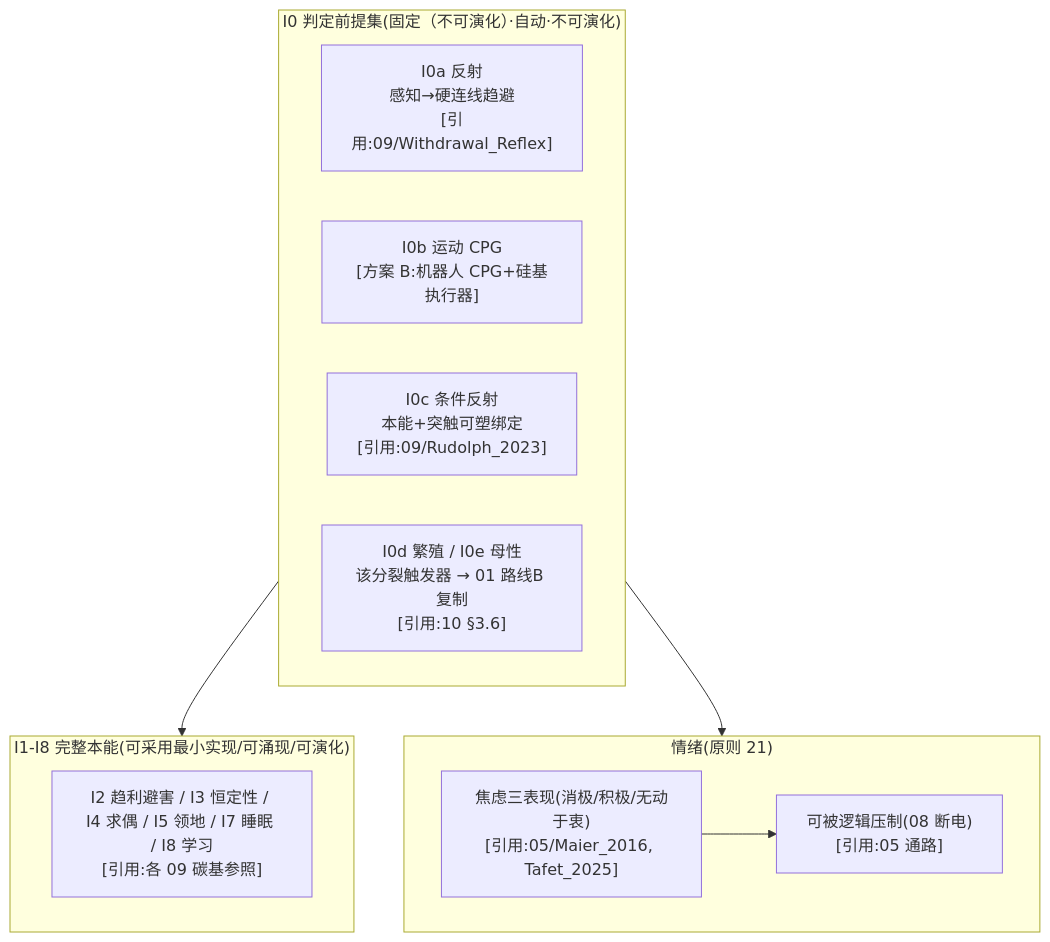
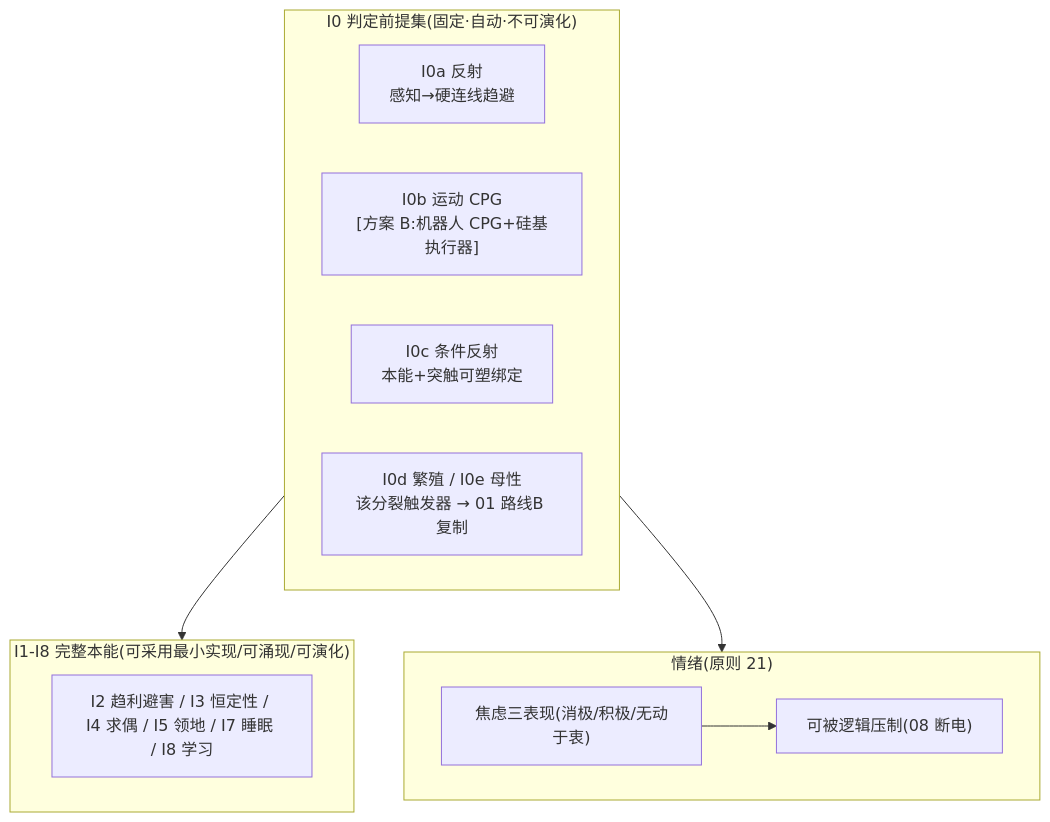
Before and after one commit to RichardASimon/Silicon-Biological-Blueprint: the first of 2 diagrams in zh-CN/09_本能行为_设计.md, drawn with Mermaid. The commit also changed other lines of this file and 23 other files, not shown here.

First line of the commit message:
docs: improve report formatting, table balance and diagram captions

````diff
--- a/zh-CN/09_本能行为_设计.md
+++ b/zh-CN/09_本能行为_设计.md
@@ -131,22 +162,22 @@
 ```mermaid
 flowchart TB
-    subgraph I0["I0 判定前提集(固定（不可演化）·自动·不可演化)"]
-        A["I0a 反射<br/>感知→硬连线趋避<br/>[引用:09/Withdrawal_Reflex]"]
+    subgraph I0["I0 判定前提集(固定·自动·不可演化)"]
+        A["I0a 反射<br/>感知→硬连线趋避<br/>"]
         B["I0b 运动 CPG<br/>[方案 B:机器人 CPG+硅基执行器]"]
-        C["I0c 条件反射<br/>本能+突触可塑绑定<br/>[引用:09/Rudolph_2023]"]
-        D["I0d 繁殖 / I0e 母性<br/>该分裂触发器 → 01 路线B 复制<br/>[引用:10 §3.6]"]
+        C["I0c 条件反射<br/>本能+突触可塑绑定<br/>"]
+        D["I0d 繁殖 / I0e 母性<br/>该分裂触发器 → 01 路线B 复制<br/>"]
     end
 
     subgraph I18["I1-I8 完整本能(可采用最小实现/可涌现/可演化)"]
-        X["I2 趋利避害 / I3 恒定性 / I4 求偶 / I5 领地 / I7 睡眠 / I8 学习<br/>[引用:各 09 碳基参照]"]
+        X["I2 趋利避害 / I3 恒定性 / I4 求偶 / I5 领地 / I7 睡眠 / I8 学习<br/>"]
     end
 
     subgraph EMOD["情绪(原则 21)"]
-        E["焦虑三表现(消极/积极/无动于衷)<br/>[引用:05/Maier_2016, Tafet_2025]"]
-        E2["可被逻辑压制(08 断电)<br/>[引用:05 通路]"]
+        E["焦虑三表现(消极/积极/无动于衷)<br/>"]
+        E2["可被逻辑压制(08 断电)<br/>"]
         E --> E2
     end
 
     I0 --> I18
     I0 --> EMOD
 ```
````
